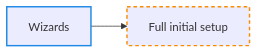
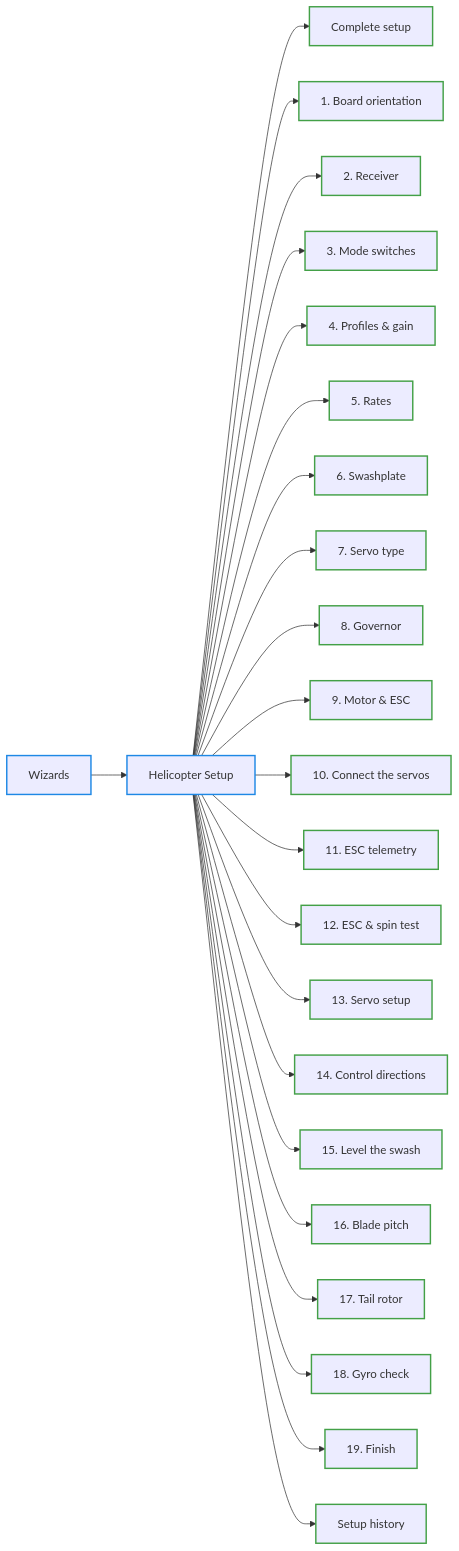
Before and after one commit to rotorflight/rotorflight-lua-edgetx-suite: the fourth of 7 diagrams in docs/reference/menu-structure.md, drawn with Mermaid. The commit also changed other lines of this file and 636 other files, not shown here.

First line of the commit message:
feat(wizard): add a helicopter setup wizard (#839)

````diff
--- a/docs/reference/menu-structure.md
+++ b/docs/reference/menu-structure.md
@@ -269,11 +271,53 @@
 ```mermaid
 flowchart LR
   n0["Wizards"]:::menu
-  n1["Full initial setup"]:::undocumented
+  n1["Helicopter Setup"]:::menu
   n0 --> n1
+  n2["Complete setup"]:::documented
+  n1 --> n2
+  n3["1. Board orientation"]:::documented
+  n1 --> n3
+  n4["2. Receiver"]:::documented
+  n1 --> n4
+  n5["3. Mode switches"]:::documented
+  n1 --> n5
+  n6["4. Profiles #amp; gain"]:::documented
+  n1 --> n6
+  n7["5. Rates"]:::documented
+  n1 --> n7
+  n8["6. Swashplate"]:::documented
+  n1 --> n8
+  n9["7. Servo type"]:::documented
+  n1 --> n9
+  n10["8. Governor"]:::documented
+  n1 --> n10
+  n11["9. Motor #amp; ESC"]:::documented
+  n1 --> n11
+  n12["10. Connect the servos"]:::documented
+  n1 --> n12
+  n13["11. ESC telemetry"]:::documented
+  n1 --> n13
+  n14["12. ESC #amp; spin test"]:::documented
+  n1 --> n14
+  n15["13. Servo setup"]:::documented
+  n1 --> n15
+  n16["14. Control directions"]:::documented
+  n1 --> n16
+  n17["15. Level the swash"]:::documented
+  n1 --> n17
+  n18["16. Blade pitch"]:::documented
+  n1 --> n18
+  n19["17. Tail rotor"]:::documented
+  n1 --> n19
+  n20["18. Gyro check"]:::documented
+  n1 --> n20
+  n21["19. Finish"]:::documented
+  n1 --> n21
+  n22["Setup history"]:::documented
+  n1 --> n22
   classDef section stroke:#78909c,stroke-width:3px,font-weight:bold
   classDef menu stroke:#1e88e5,stroke-width:2px
   classDef documented stroke:#43a047,stroke-width:2px
   classDef undocumented stroke:#fb8c00,stroke-width:2px,stroke-dasharray:5 4
   classDef empty stroke:#9e9e9e,stroke-width:2px,stroke-dasharray:2 3
 ```
````
